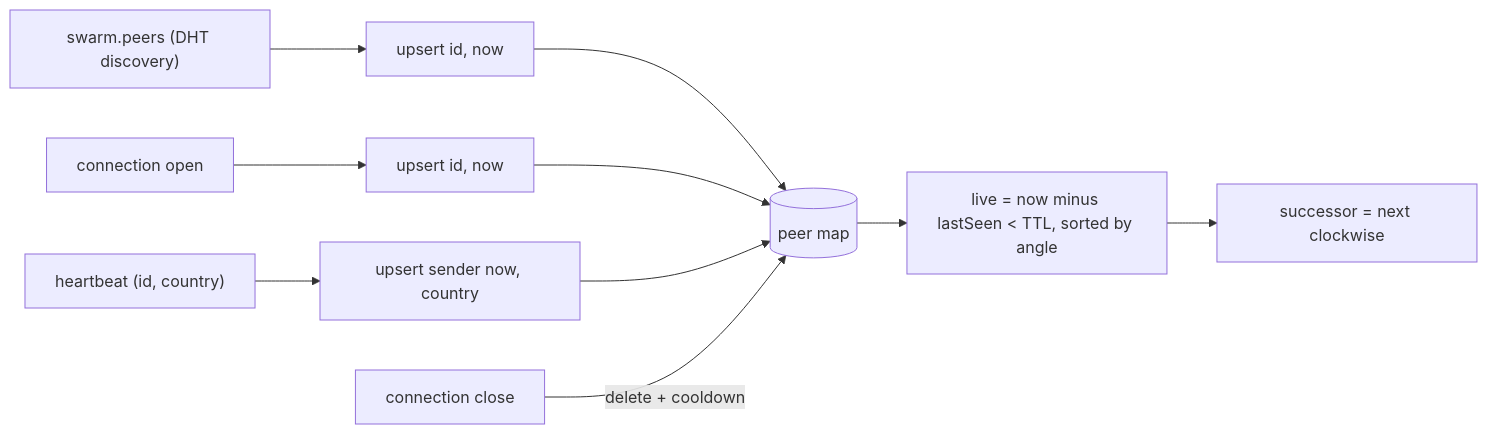
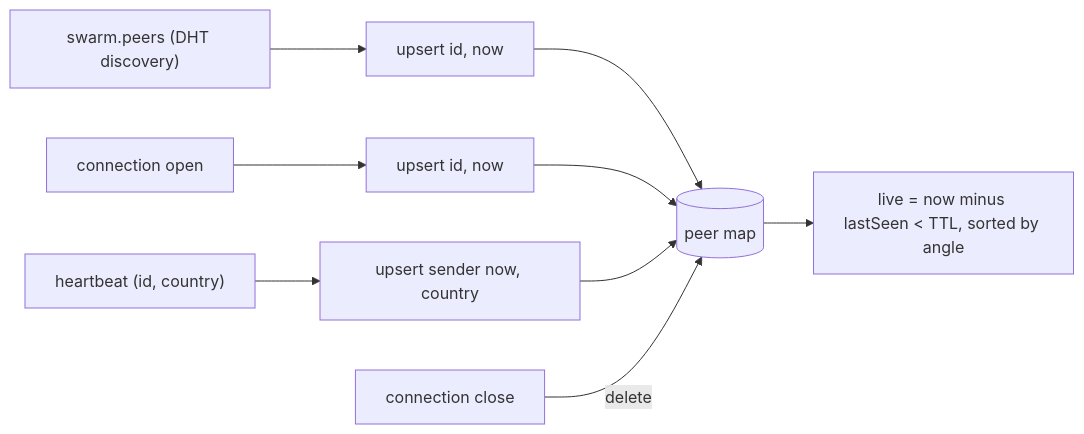
The first of 5 diagrams in docs/protocol.md (mnaamani/hyper-wave), drawn with Mermaid before and after one commit. The commit also changed other lines of this file and 45 other files, not shown here.

````diff
--- a/docs/protocol.md
+++ b/docs/protocol.md
@@ -216,12 +208,11 @@
 ```mermaid
 flowchart LR
   Dht["swarm.peers (DHT discovery)"] --> U0["upsert id, now"]
   Conn["connection open"] --> U["upsert id, now"]
   Ptr["heartbeat (id, country)"] --> U3["upsert sender now, country"]
   U0 --> M[("peer map")]
   U --> M
   U3 --> M
-  Close["connection close"] -->|delete + cooldown| M
+  Close["connection close"] -->|delete| M
   M --> L["live = now minus lastSeen &lt; TTL, sorted by angle"]
-  L --> S["successor = next clockwise"]
 ```
````
